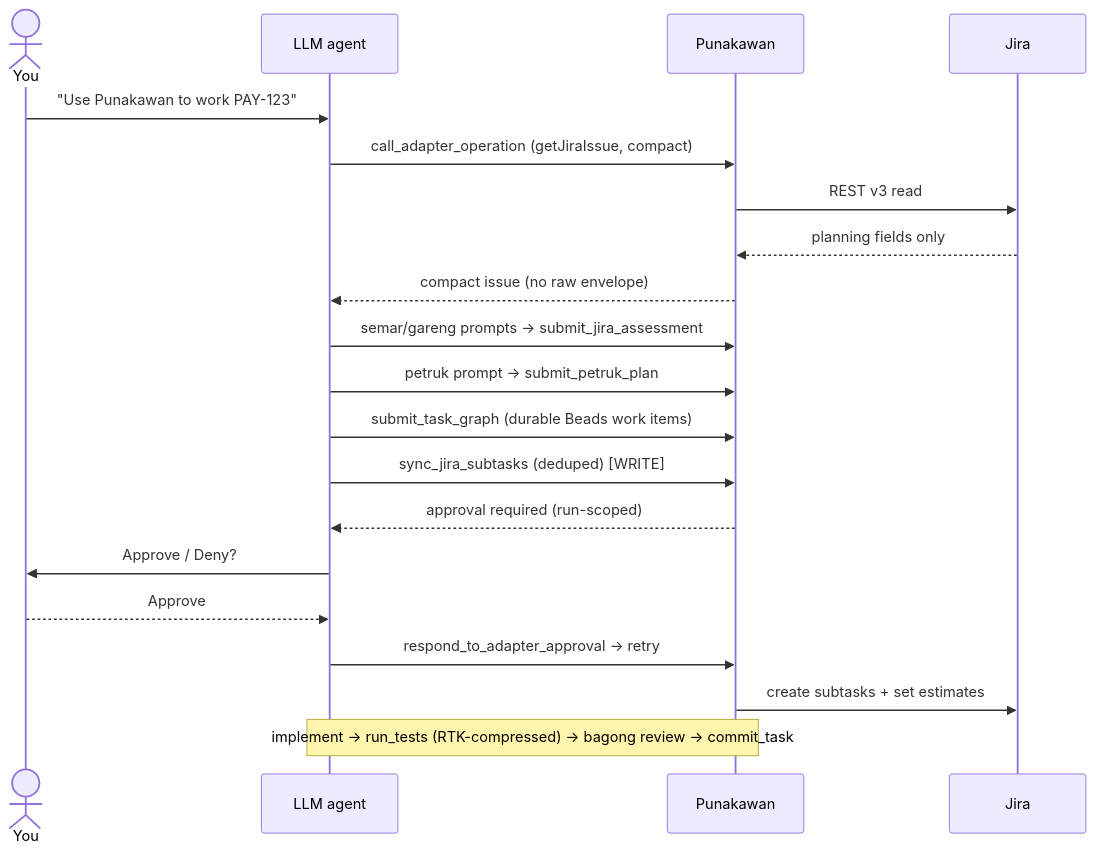
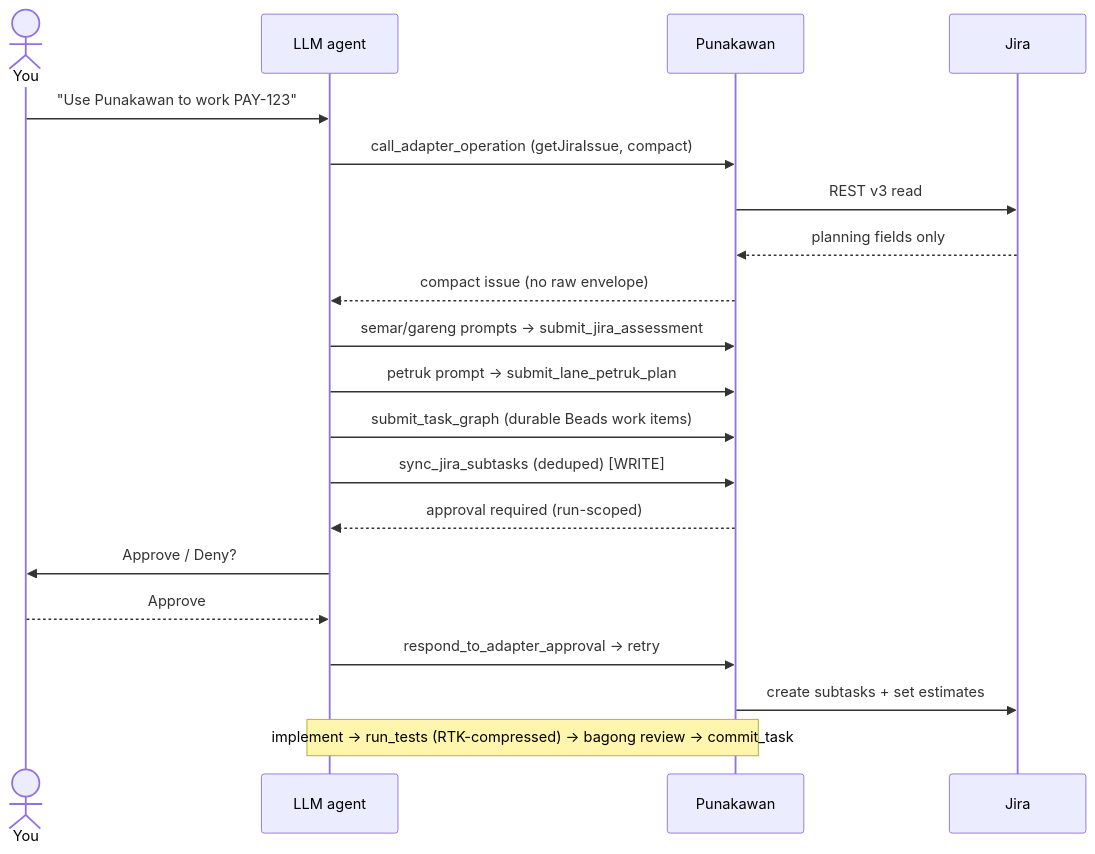
One commit to gdncomm-yunaz-ramadhan/punakawan changed the second of 2 diagrams in README.md. Above: the diagram before and after it, drawn with Mermaid. The commit also changed 56 other files, not shown here.

````diff
--- a/README.md
+++ b/README.md
@@ -124,23 +124,23 @@
 ```mermaid
 sequenceDiagram
   actor U as You
   participant A as LLM agent
   participant P as Punakawan
   participant J as Jira
 
   U->>A: "Use Punakawan to work PAY-123"
   A->>P: call_adapter_operation (getJiraIssue, compact)
   P->>J: REST v3 read
   J-->>P: planning fields only
   P-->>A: compact issue (no raw envelope)
   A->>P: semar/gareng prompts -> submit_jira_assessment
-  A->>P: petruk prompt -> submit_petruk_plan
+  A->>P: petruk prompt -> submit_lane_petruk_plan
   A->>P: submit_task_graph (durable Beads work items)
   A->>P: sync_jira_subtasks (deduped) [WRITE]
   P-->>A: approval required (run-scoped)
   A->>U: Approve / Deny?
   U-->>A: Approve
   A->>P: respond_to_adapter_approval -> retry
   P->>J: create subtasks + set estimates
   Note over A,P: implement -> run_tests (RTK-compressed) -> bagong review -> commit_task
 ```
````
